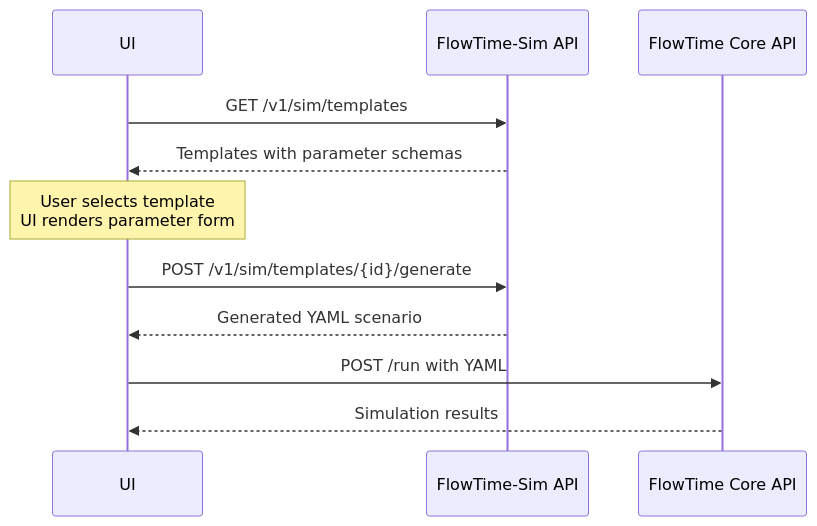
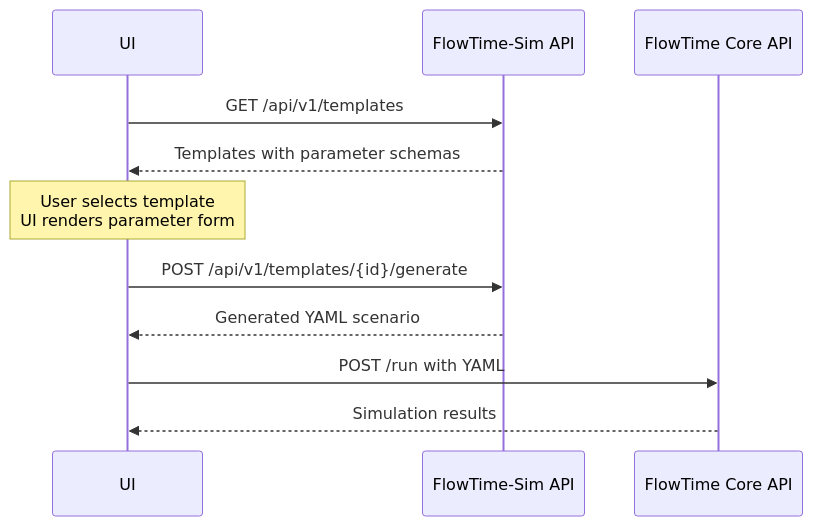
The diagram in docs/guides/template-api-integration.md (23min/FlowTime), drawn with Mermaid before and after one commit. The commit also changed other lines of this file and 9 other files, not shown here.

First line of the commit message:
feat(docs): establish SIM-M2.6-CORRECTIVE node-based schema foundation

````diff
--- a/docs/guides/template-api-integration.md
+++ b/docs/guides/template-api-integration.md
@@ -113,17 +119,17 @@
 ```mermaid
 sequenceDiagram
     participant UI
     participant SimAPI as FlowTime-Sim API
     participant CoreAPI as FlowTime Core API
     
-    UI->>SimAPI: GET /v1/sim/templates
+    UI->>SimAPI: GET /api/v1/templates
     SimAPI-->>UI: Templates with parameter schemas
     
     Note over UI: User selects template<br/>UI renders parameter form
     
-    UI->>SimAPI: POST /v1/sim/templates/{id}/generate
+    UI->>SimAPI: POST /api/v1/templates/{id}/generate
     SimAPI-->>UI: Generated YAML scenario
     
     UI->>CoreAPI: POST /run with YAML
     CoreAPI-->>UI: Simulation results
 ```
````
